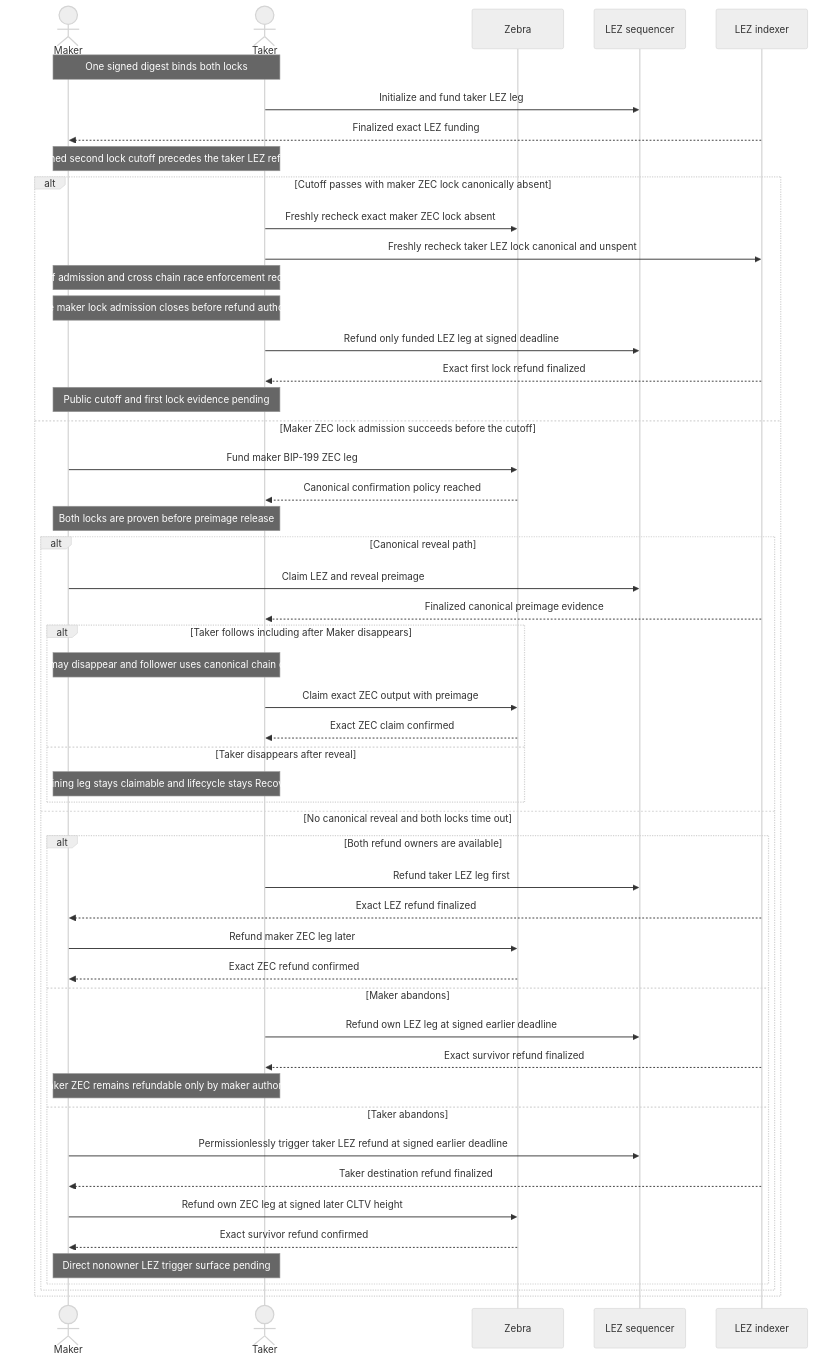
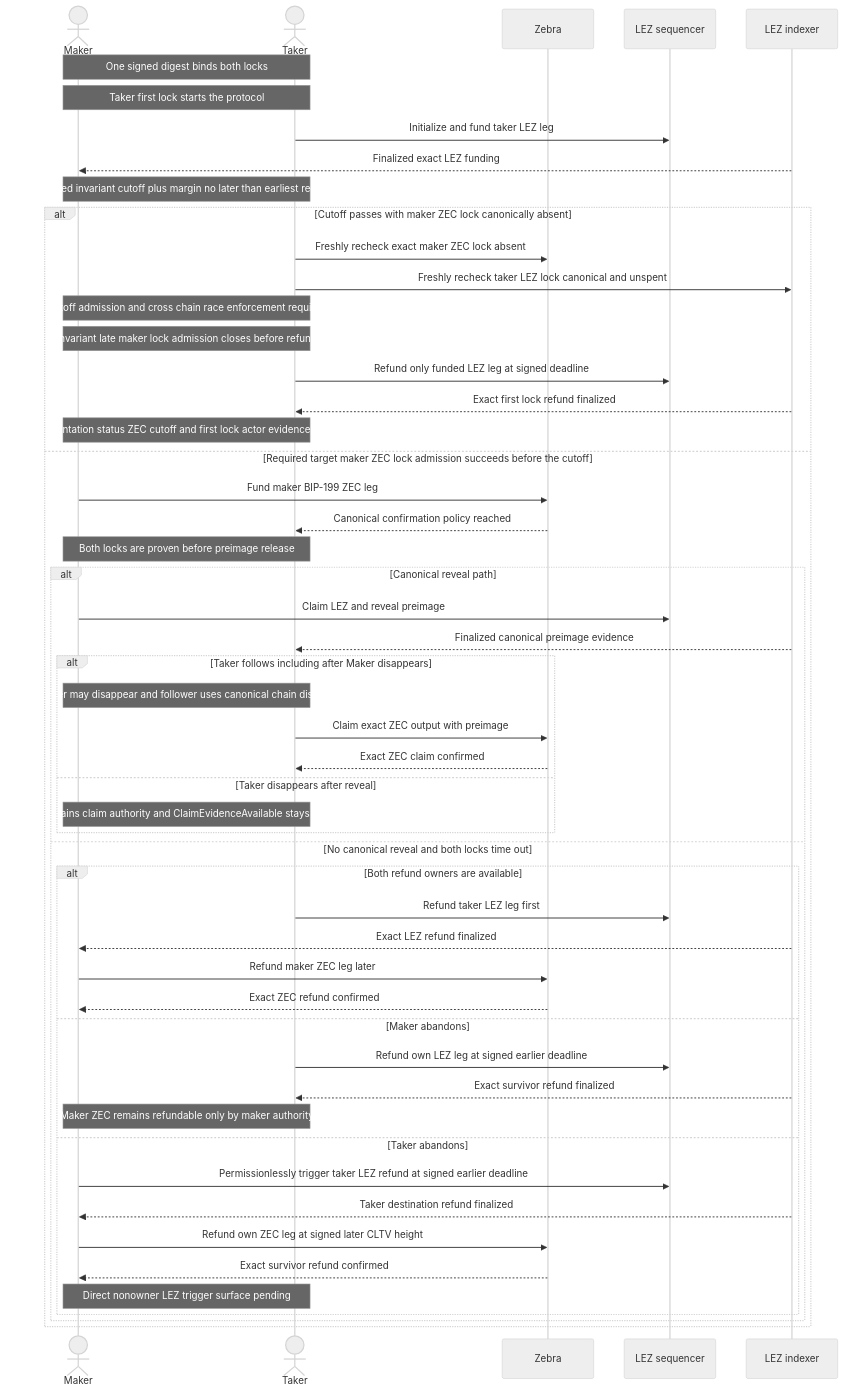
Diagram 15 of 21 in docs/architecture/system-architecture.md (gateway-fm/lez-atomic-swaps), drawn with Mermaid (neutral theme) before and after one commit. The commit also changed other lines of this file and 7 other files, not shown here.

Commit message:
docs: certify M3 first-lock refunds

````diff
--- a/docs/architecture/system-architecture.md
+++ b/docs/architecture/system-architecture.md
@@ -1486,54 +1539,55 @@
 ```mermaid
 sequenceDiagram
     actor Maker
     actor Taker
     participant Zebra as Zebra
     participant LezSeq as LEZ sequencer
     participant LezIdx as LEZ indexer
 
     Note over Maker,Taker: One signed digest binds both locks
+    Note over Maker,Taker: Taker first lock starts the protocol
     Taker->>LezSeq: Initialize and fund taker LEZ leg
     LezIdx-->>Maker: Finalized exact LEZ funding
-    Note over Maker,Taker: Signed second lock cutoff precedes the taker LEZ refund
+    Note over Maker,Taker: Required invariant cutoff plus margin no later than earliest recovery
     alt Cutoff passes with maker ZEC lock canonically absent
         Taker->>Zebra: Freshly recheck exact maker ZEC lock absent
         Taker->>LezIdx: Freshly recheck taker LEZ lock canonical and unspent
         Note over Maker,Taker: Cutoff admission and cross chain race enforcement required
-        Note over Maker,Taker: Late maker lock admission closes before refund authority
+        Note over Maker,Taker: Required invariant late maker lock admission closes before refund authority
         Taker->>LezSeq: Refund only funded LEZ leg at signed deadline
         LezIdx-->>Taker: Exact first lock refund finalized
-        Note over Maker,Taker: Public cutoff and first lock evidence pending
-    else Maker ZEC lock admission succeeds before the cutoff
+        Note over Maker,Taker: Implementation status ZEC cutoff and first lock actor evidence pending
+    else Required target maker ZEC lock admission succeeds before the cutoff
         Maker->>Zebra: Fund maker BIP-199 ZEC leg
         Zebra-->>Taker: Canonical confirmation policy reached
         Note over Maker,Taker: Both locks are proven before preimage release
         alt Canonical reveal path
             Maker->>LezSeq: Claim LEZ and reveal preimage
             LezIdx-->>Taker: Finalized canonical preimage evidence
             alt Taker follows including after Maker disappears
                 Note over Maker,Taker: Revealer may disappear and follower uses canonical chain disclosure
                 Taker->>Zebra: Claim exact ZEC output with preimage
                 Zebra-->>Taker: Exact ZEC claim confirmed
             else Taker disappears after reveal
-                Note over Maker,Taker: Remaining leg stays claimable and lifecycle stays Recovering
+                Note over Maker,Taker: Follower retains claim authority and ClaimEvidenceAvailable stays nonterminal
             end
         else No canonical reveal and both locks time out
             alt Both refund owners are available
                 Taker->>LezSeq: Refund taker LEZ leg first
                 LezIdx-->>Maker: Exact LEZ refund finalized
                 Maker->>Zebra: Refund maker ZEC leg later
                 Zebra-->>Maker: Exact ZEC refund confirmed
             else Maker abandons
                 Taker->>LezSeq: Refund own LEZ leg at signed earlier deadline
                 LezIdx-->>Taker: Exact survivor refund finalized
                 Note over Maker,Taker: Maker ZEC remains refundable only by maker authority
             else Taker abandons
                 Maker->>LezSeq: Permissionlessly trigger taker LEZ refund at signed earlier deadline
                 LezIdx-->>Maker: Taker destination refund finalized
                 Maker->>Zebra: Refund own ZEC leg at signed later CLTV height
                 Zebra-->>Maker: Exact survivor refund confirmed
                 Note over Maker,Taker: Direct nonowner LEZ trigger surface pending
             end
         end
     end
 ```
````
